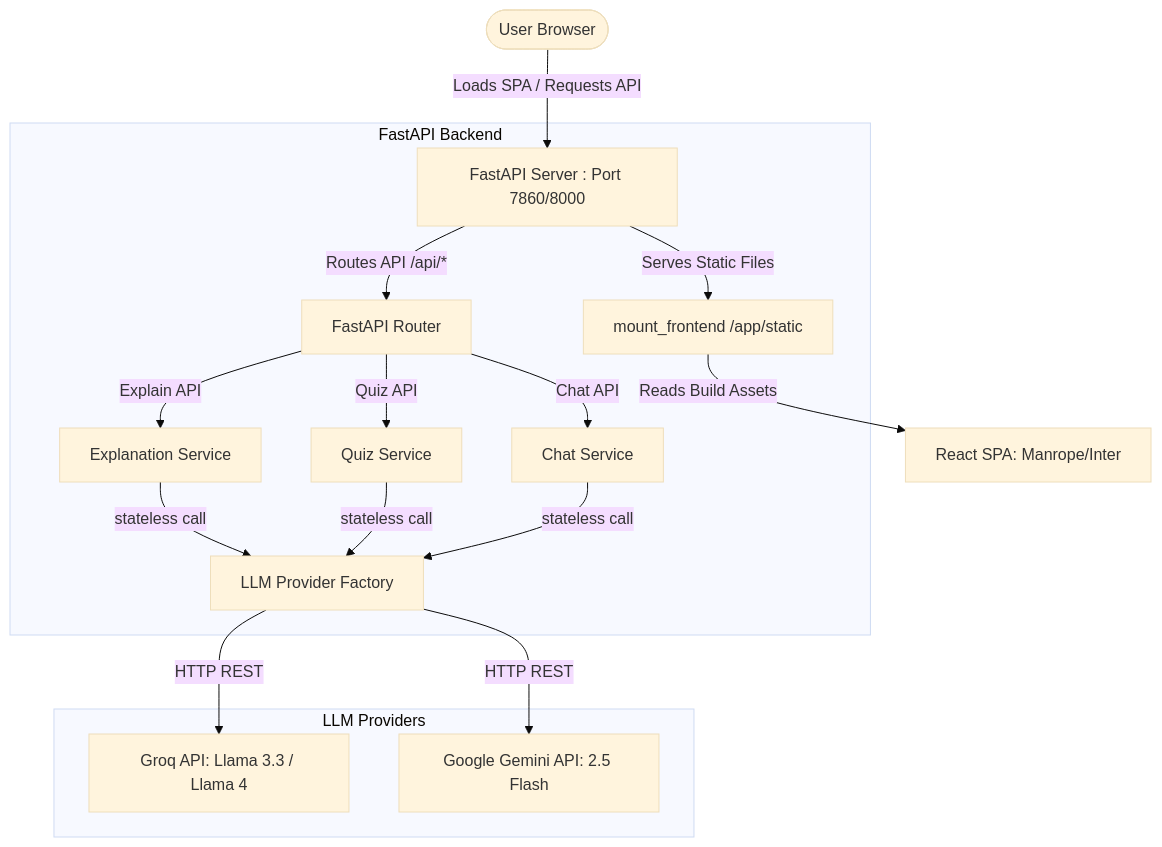
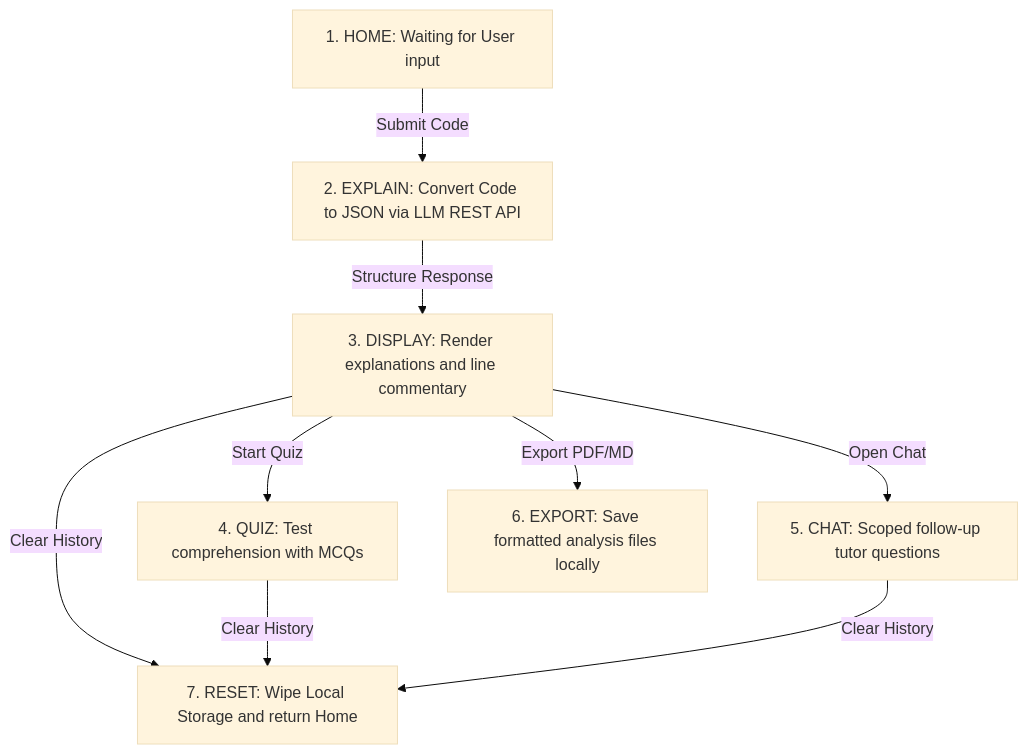
One commit to MohammadFayasKhan/CodeExplain changed the diagram in README.md. Above: the diagram before and after it, drawn with Mermaid (base theme). The commit also changed other lines of this file and 2 other files, not shown here.

````diff
--- a/README.md
+++ b/README.md
@@ -75,17 +36,9 @@
 ```mermaid
 graph TD
-    User([User Browser]) -->|Loads SPA / Requests API| Ingress[FastAPI Server : Port 7860/8000]
-    subgraph FastAPI Backend
-        Ingress -->|Serves Static Files| StaticApp[mount_frontend /app/static]
-        Ingress -->|Routes API /api/*| Router[FastAPI Router]
-        Router -->|Explain API| ExplainServ[Explanation Service]
-        Router -->|Quiz API| QuizServ[Quiz Service]
-        Router -->|Chat API| ChatServ[Chat Service]
-        ExplainServ & QuizServ & ChatServ -->|stateless call| LLMFactory[LLM Provider Factory]
-    end
-    subgraph LLM Providers
-        LLMFactory -->|HTTP REST| Groq[Groq API: Llama 3.3 / Llama 4]
-        LLMFactory -->|HTTP REST| Gemini[Google Gemini API: 2.5 Flash]
-    end
-    StaticApp -->|Reads Build Assets| ReactSPA[React SPA: Manrope/Inter]
+    Home[1. HOME: Waiting for User input] -->|Submit Code| Explain[2. EXPLAIN: Convert Code to JSON via LLM REST API]
+    Explain -->|Structure Response| Results[3. DISPLAY: Render explanations and line commentary]
+    Results -->|Start Quiz| Quiz[4. QUIZ: Test comprehension with MCQs]
+    Results -->|Open Chat| Chat[5. CHAT: Scoped follow-up tutor questions]
+    Results -->|Export PDF/MD| Export[6. EXPORT: Save formatted analysis files locally]
+    Results & Quiz & Chat -->|Clear History| Reset[7. RESET: Wipe Local Storage and return Home]
 ```
````
